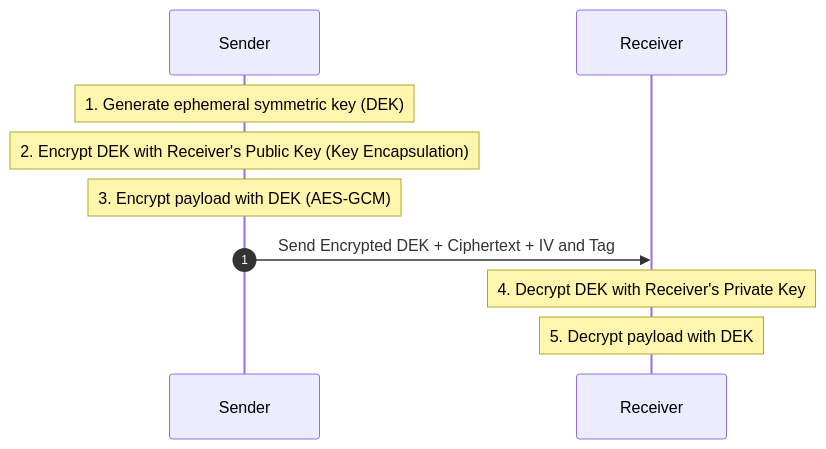
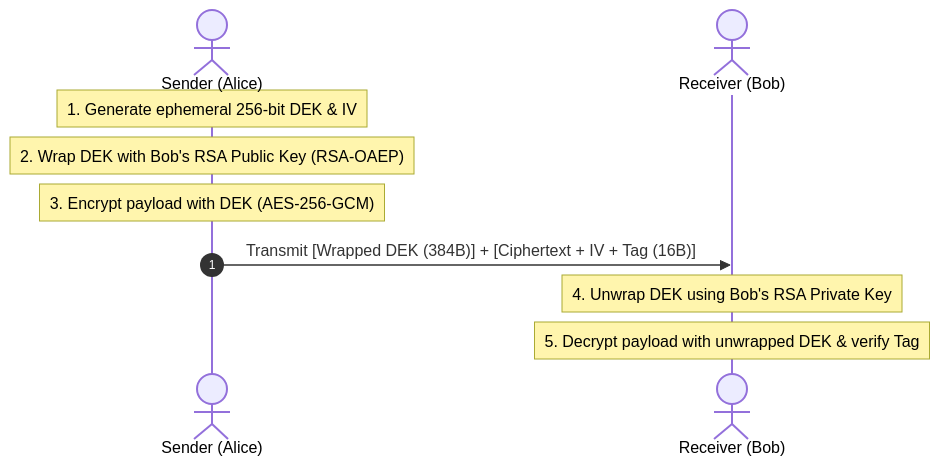
The diagram in docs/en/01-classical-hybrid/index.md (auking45/applied-pqc-lab), drawn with Mermaid before and after one commit. The commit also changed other lines of this file and 20 other files, not shown here.

````diff
--- a/docs/en/01-classical-hybrid/index.md
+++ b/docs/en/01-classical-hybrid/index.md
@@ -6,13 +6,13 @@
 ```mermaid
 sequenceDiagram
     autonumber
-    participant Sender as Sender
-    participant Receiver as Receiver
+    actor Sender as Sender (Alice)
+    actor Receiver as Receiver (Bob)
 
-    Note over Sender: 1. Generate ephemeral symmetric key (DEK)
-    Note over Sender: 2. Encrypt DEK with Receiver's Public Key (Key Encapsulation)
-    Note over Sender: 3. Encrypt payload with DEK (AES-GCM)
-    Sender->>Receiver: Send Encrypted DEK + Ciphertext + IV and Tag
-    Note over Receiver: 4. Decrypt DEK with Receiver's Private Key
-    Note over Receiver: 5. Decrypt payload with DEK
+    Note over Sender: 1. Generate ephemeral 256-bit DEK & IV
+    Note over Sender: 2. Wrap DEK with Bob's RSA Public Key (RSA-OAEP)
+    Note over Sender: 3. Encrypt payload with DEK (AES-256-GCM)
+    Sender->>Receiver: Transmit [Wrapped DEK (384B)] + [Ciphertext + IV + Tag (16B)]
+    Note over Receiver: 4. Unwrap DEK using Bob's RSA Private Key
+    Note over Receiver: 5. Decrypt payload with unwrapped DEK & verify Tag
 ```
````
